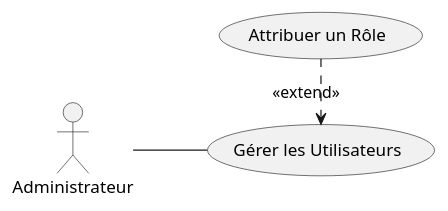
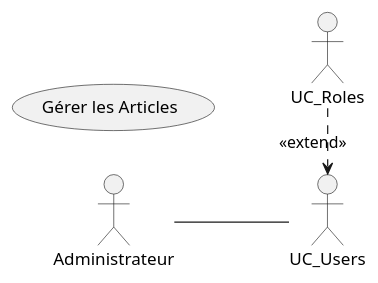
Before and after one commit to le3shiri/Blog-solicode-personel: the diagram in fonctionnel - UC/usecase.puml, drawn with PlantUML.

Commit message:
update use case diagram to manage articles instead of users

```diff
--- a/fonctionnel - UC/usecase.puml
+++ b/fonctionnel - UC/usecase.puml
@@ -1,12 +1,12 @@
 @startuml
 left to right direction
 actor "Administrateur" as Admin
 
-  usecase "Gérer les Utilisateurs" as UC_Users
-   usecase "Attribuer un Rôle" as UC_Roles
+    usecase "Gérer les Articles" as UC_CRUD
+
 
 
 Admin -- UC_Users
 
 UC_Roles .> UC_Users : <<extend>>
 @enduml
```
